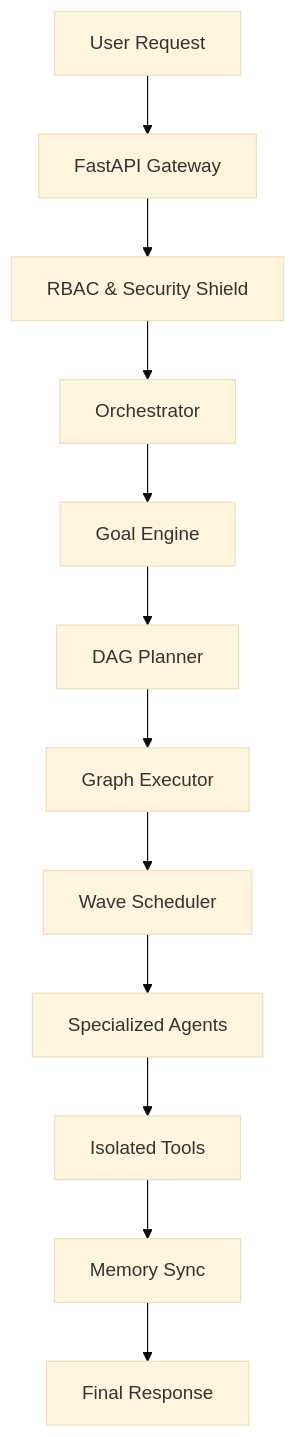
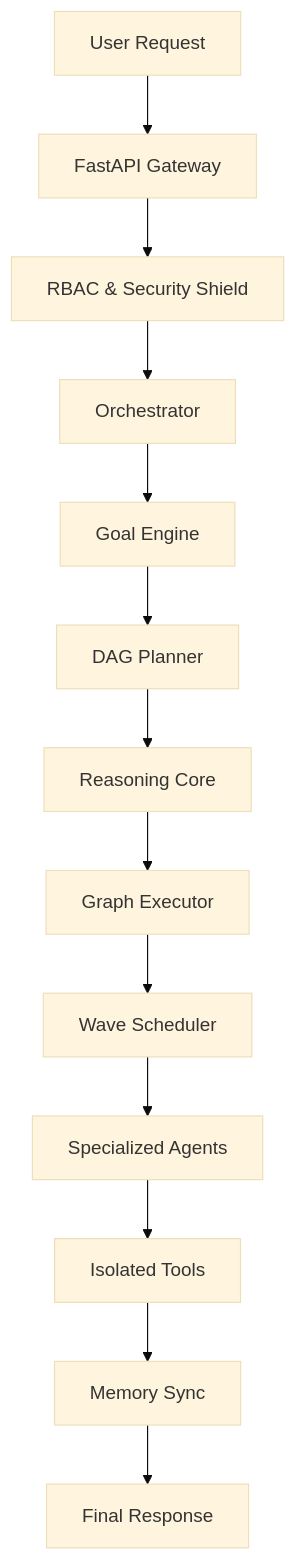
One commit to Blackdrg/levi-ai-innovate changed the first of 4 diagrams in README.md. Above: the diagram before and after it, drawn with Mermaid (base theme). The commit also changed other lines of this file and 7 other files, not shown here.

````diff
--- a/README.md
+++ b/README.md
@@ -53,14 +89,15 @@
 ```mermaid
 graph TD
     User[User Request] --> Gateway[FastAPI Gateway]
     Gateway --> Auth[RBAC & Security Shield]
     Auth --> Orchestrator[Orchestrator]
     Orchestrator --> Goal[Goal Engine]
     Goal --> Planner[DAG Planner]
-    Planner --> Executor[Graph Executor]
+    Planner --> Reasoning[Reasoning Core]
+    Reasoning --> Executor[Graph Executor]
     Executor --> Wave[Wave Scheduler]
     Wave --> Agents[Specialized Agents]
     Agents --> Tools[Isolated Tools]
     Tools --> Memory[Memory Sync]
     Memory --> Response[Final Response]
 ```
````
